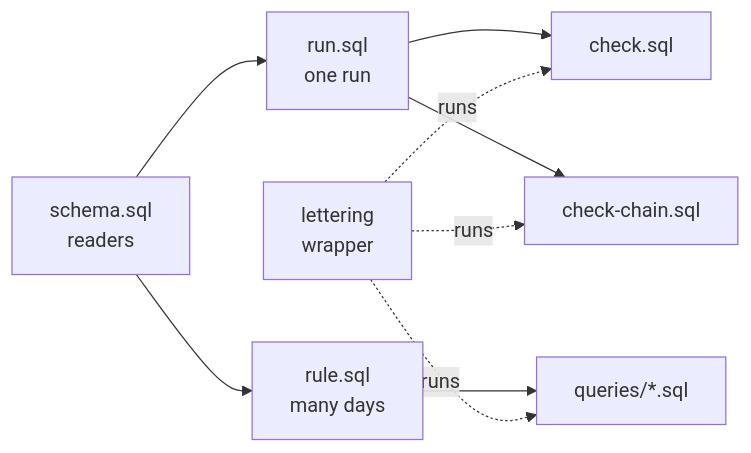
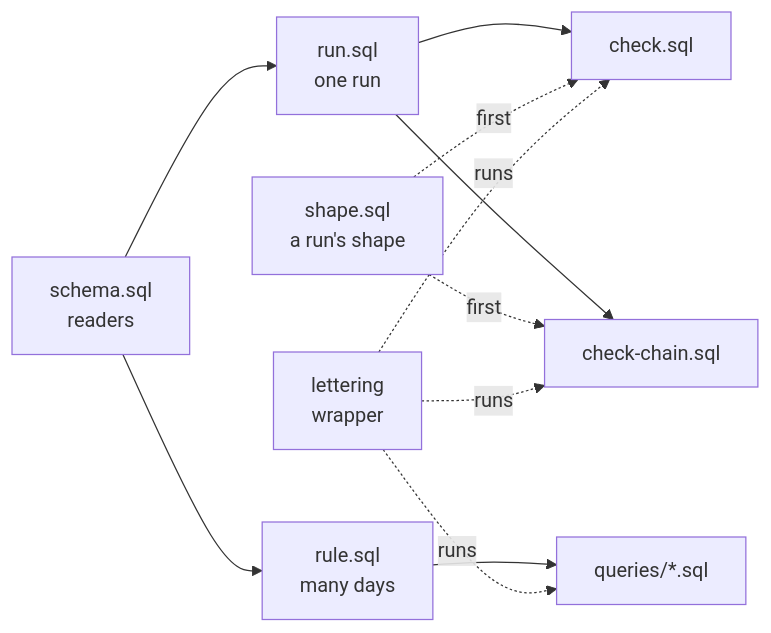
Before and after one commit to formancehq/reconciliation: the diagram in docs/technical/lettering-duckdb.md, drawn with Mermaid. The commit also changed other lines of this file and 3 other files, not shown here.

First line of the commit message:
refactor(recon): move the lettering wrapper's shape checks into sql/shape.sql

````diff
--- a/docs/technical/lettering-duckdb.md
+++ b/docs/technical/lettering-duckdb.md
@@ -85,11 +86,13 @@
 ```mermaid
 flowchart LR
     S[schema.sql<br/>readers] --> R1[run.sql<br/>one run]
     S --> R2[rule.sql<br/>many days]
     R1 --> C[check.sql]
     R1 --> CC[check-chain.sql]
     R2 --> Q[queries/*.sql]
+    SH[shape.sql<br/>a run's shape] -. first .-> C
+    SH -. first .-> CC
     W[lettering<br/>wrapper] -. runs .-> C
     W -. runs .-> CC
     W -. runs .-> Q
 ```
````
